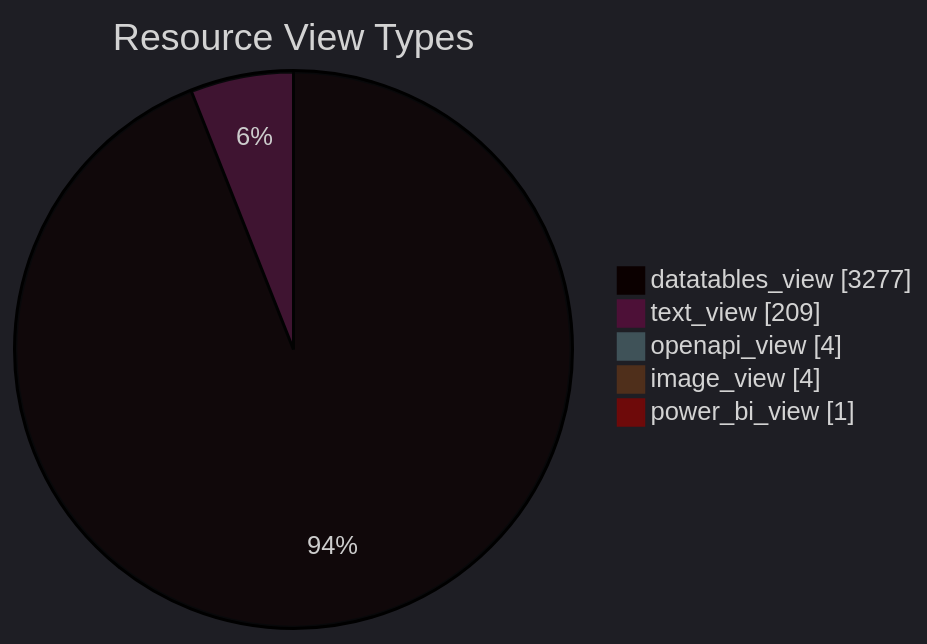
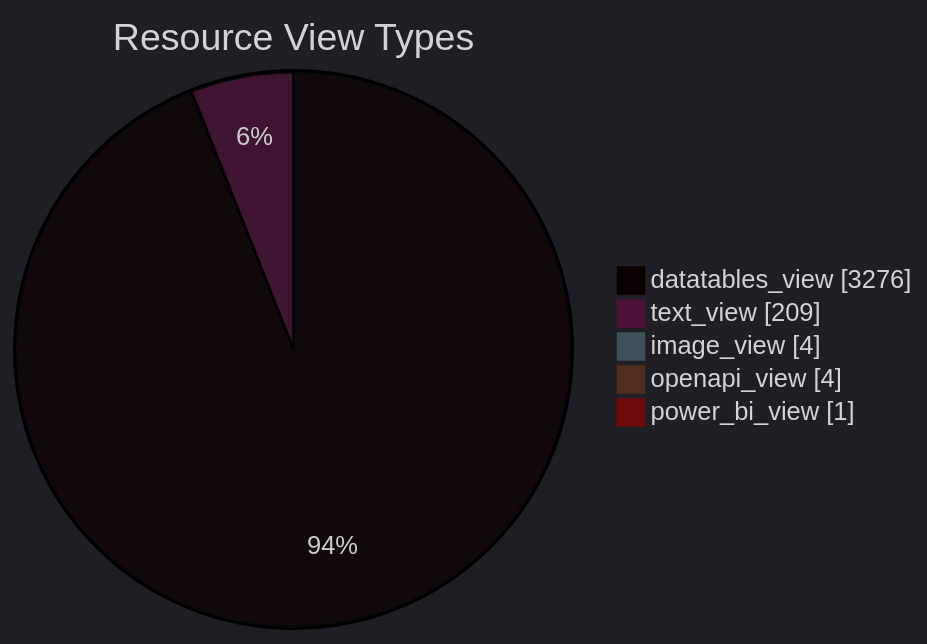
One commit to open-data/analytics-corporate-reporting changed the diagram in datastore_tracker/resource_view_types_pie_chart.md. Above: the diagram before and after it, drawn with Mermaid. The commit also changed 9 other files, not shown here.

````diff
--- a/datastore_tracker/resource_view_types_pie_chart.md
+++ b/datastore_tracker/resource_view_types_pie_chart.md
@@ -2,12 +2,12 @@
 ```mermaid
 ---
 config:
   theme: dark
 ---
 pie showData title Resource View Types
-    "datatables_view": 3277
+    "datatables_view": 3276
     "text_view": 209
+    "image_view": 4
     "openapi_view": 4
-    "image_view": 4
     "power_bi_view": 1
 ```
````
